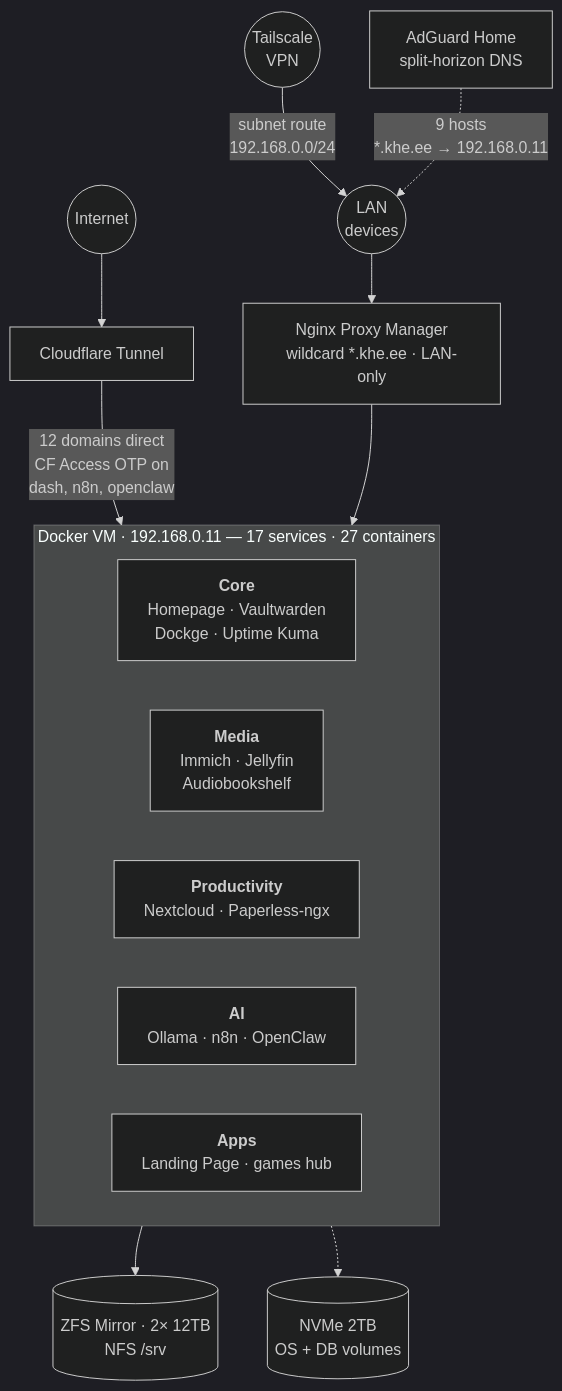
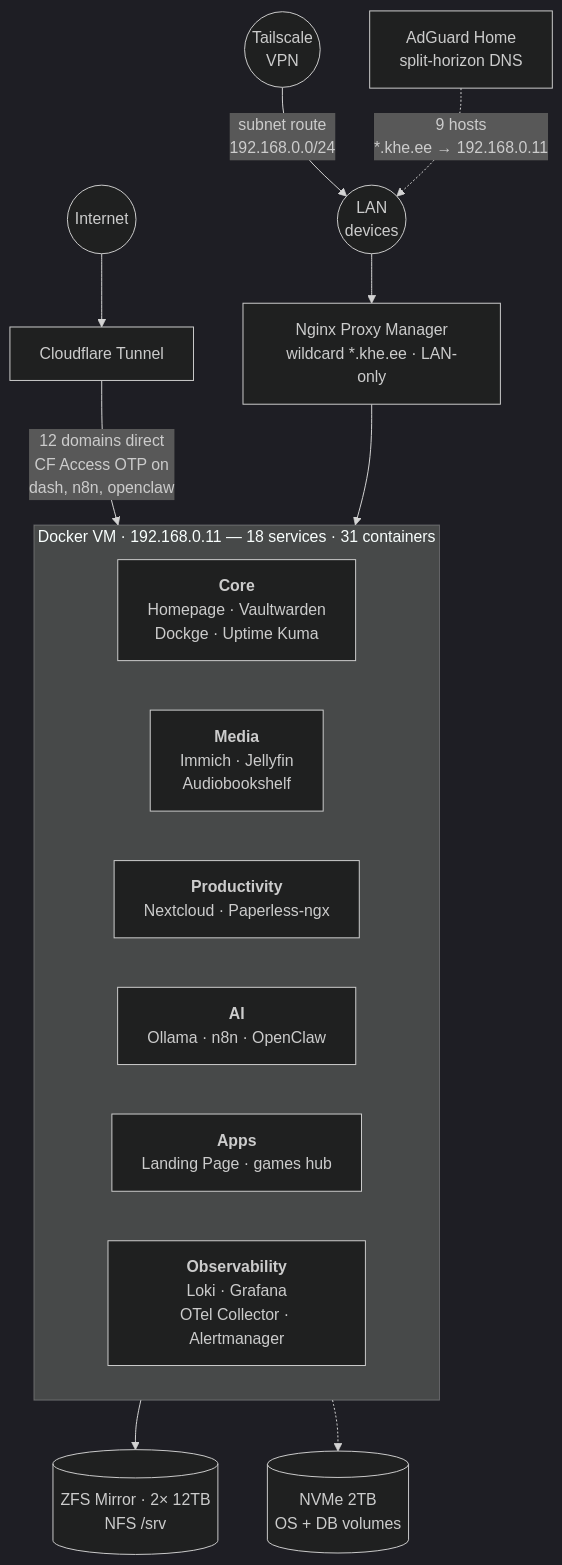
Before and after one commit to khelias/khe-homelab: the diagram in README.md, drawn with Mermaid (dark theme). The commit also changed other lines of this file and 16 other files, not shown here.

First line of the commit message:
feat(observability): add Loki + Grafana + OTel + Alertmanager stack

````diff
--- a/README.md
+++ b/README.md
@@ -7,26 +7,27 @@
 ```mermaid
 graph TB
     Internet((Internet))
     VPN((Tailscale<br/>VPN))
     LAN((LAN<br/>devices))
 
     Internet --> CF[Cloudflare Tunnel]
     VPN -->|subnet route<br/>192.168.0.0/24| LAN
     AG[AdGuard Home<br/>split-horizon DNS] -.->|9 hosts<br/>*.khe.ee → 192.168.0.11| LAN
     LAN --> NPM[Nginx Proxy Manager<br/>wildcard *.khe.ee · LAN-only]
 
     CF -->|12 domains direct<br/>CF Access OTP on<br/>dash, n8n, openclaw| DVM
     NPM --> DVM
 
-    subgraph DVM[Docker VM · 192.168.0.11 — 17 services · 27 containers]
+    subgraph DVM[Docker VM · 192.168.0.11 — 18 services · 31 containers]
         direction LR
         Core["<b>Core</b><br/>Homepage · Vaultwarden<br/>Dockge · Uptime Kuma"]
         Media["<b>Media</b><br/>Immich · Jellyfin<br/>Audiobookshelf"]
         Prod["<b>Productivity</b><br/>Nextcloud · Paperless-ngx"]
         AI["<b>AI</b><br/>Ollama · n8n · OpenClaw"]
         Apps["<b>Apps</b><br/>Landing Page · games hub"]
+        Obs["<b>Observability</b><br/>Loki · Grafana<br/>OTel Collector · Alertmanager"]
     end
 
     DVM --> HDD[(ZFS Mirror · 2× 12TB<br/>NFS /srv)]
     DVM -.-> NVMe[(NVMe 2TB<br/>OS + DB volumes)]
 ```
````
